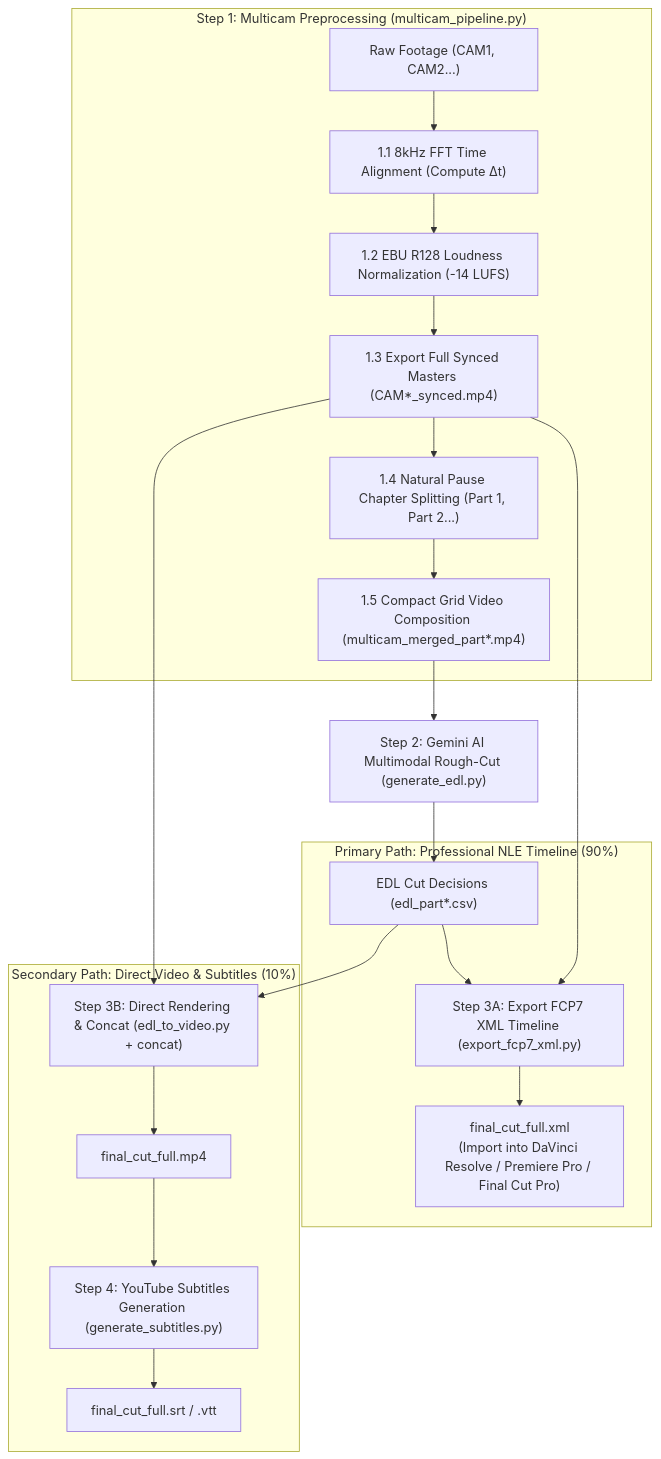
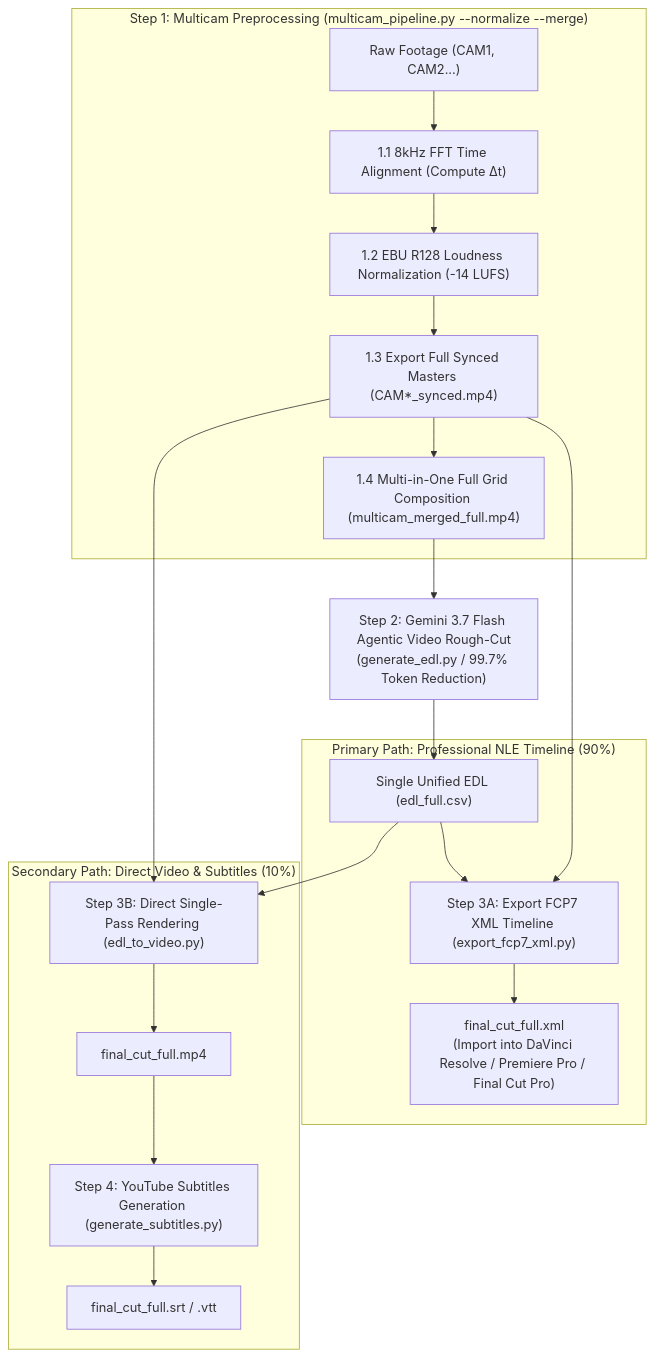
Before and after one commit to sylphlin/multicam-video-preprocessing: the diagram in README.md, drawn with Mermaid. The commit also changed other lines of this file and 13 other files, not shown here.

Commit message:
feat: re-architect pipeline to native Gemini 3.7 Flash Agentic Video zero-split workflow

````diff
--- a/README.md
+++ b/README.md
@@ -57,27 +55,26 @@
 ```mermaid
 flowchart TD
-    subgraph S1["Step 1: Multicam Preprocessing (multicam_pipeline.py)"]
+    subgraph S1["Step 1: Multicam Preprocessing (multicam_pipeline.py --normalize --merge)"]
         A["Raw Footage (CAM1, CAM2...)"] --> S1_1["1.1 8kHz FFT Time Alignment (Compute Δt)"]
         S1_1 --> S1_2["1.2 EBU R128 Loudness Normalization (-14 LUFS)"]
         S1_2 --> S1_3["1.3 Export Full Synced Masters (CAM*_synced.mp4)"]
-        S1_3 --> S1_4["1.4 Natural Pause Chapter Splitting (Part 1, Part 2...)"]
-        S1_4 --> S1_5["1.5 Compact Grid Video Composition (multicam_merged_part*.mp4)"]
+        S1_3 --> S1_4["1.4 Multi-in-One Full Grid Composition (multicam_merged_full.mp4)"]
     end
 
-    S1_5 --> S2["Step 2: Gemini AI Multimodal Rough-Cut (generate_edl.py)"]
-    S2 --> EDL["EDL Cut Decisions (edl_part*.csv)"]
+    S1_4 --> S2["Step 2: Gemini 3.7 Flash Agentic Video Rough-Cut<br/>(generate_edl.py / 99.7% Token Reduction)"]
+    S2 --> EDL["Single Unified EDL (edl_full.csv)"]
 
     subgraph S3A["Primary Path: Professional NLE Timeline (90%)"]
         S1_3 --> S3A_ACT["Step 3A: Export FCP7 XML Timeline (export_fcp7_xml.py)"]
         EDL --> S3A_ACT
         S3A_ACT --> XML["final_cut_full.xml<br/>(Import into DaVinci Resolve / Premiere Pro / Final Cut Pro)"]
     end
 
     subgraph S3B["Secondary Path: Direct Video & Subtitles (10%)"]
-        S1_3 --> S3B_ACT["Step 3B: Direct Rendering & Concat (edl_to_video.py + concat)"]
+        S1_3 --> S3B_ACT["Step 3B: Direct Single-Pass Rendering (edl_to_video.py)"]
         EDL --> S3B_ACT
         S3B_ACT --> MP4["final_cut_full.mp4"]
         MP4 --> S4["Step 4: YouTube Subtitles Generation (generate_subtitles.py)"]
         S4 --> SRT["final_cut_full.srt / .vtt"]
     end
 ```
````
